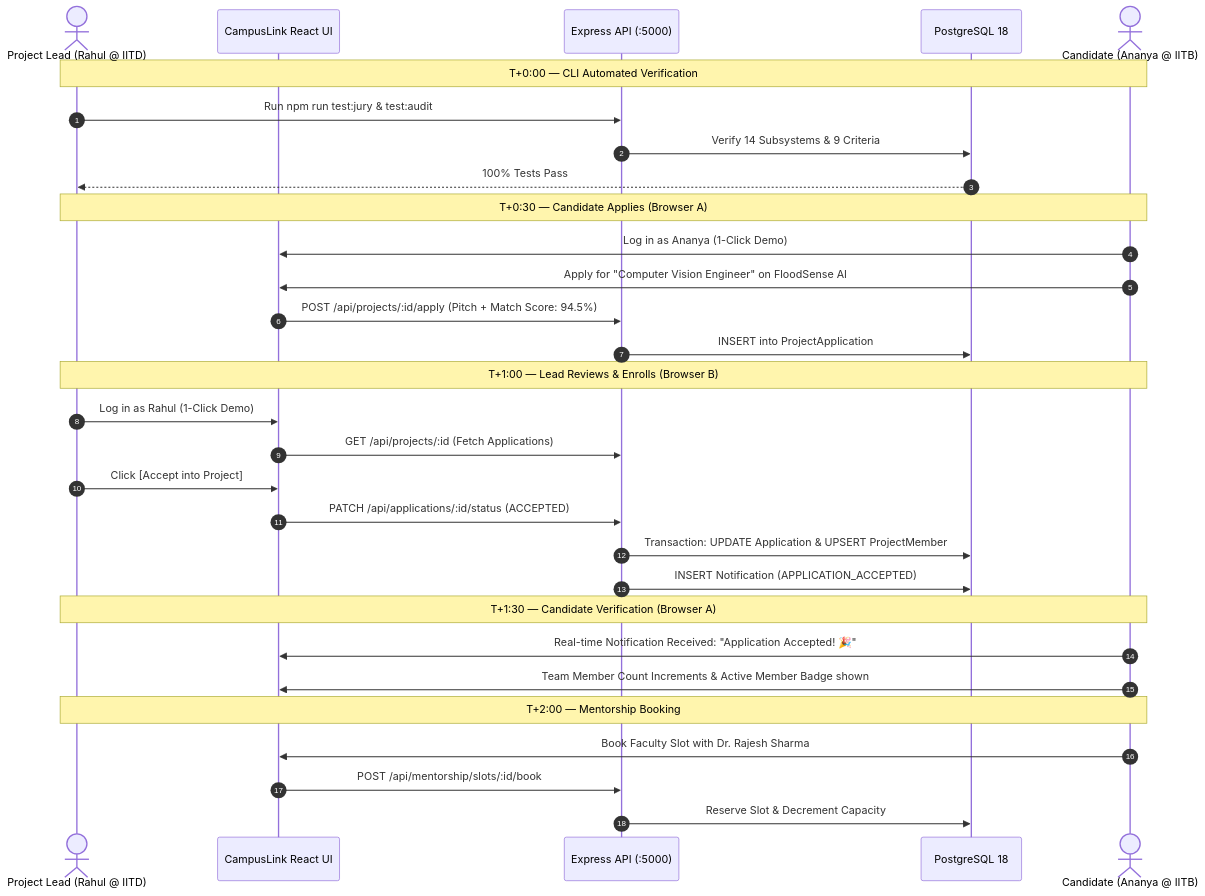
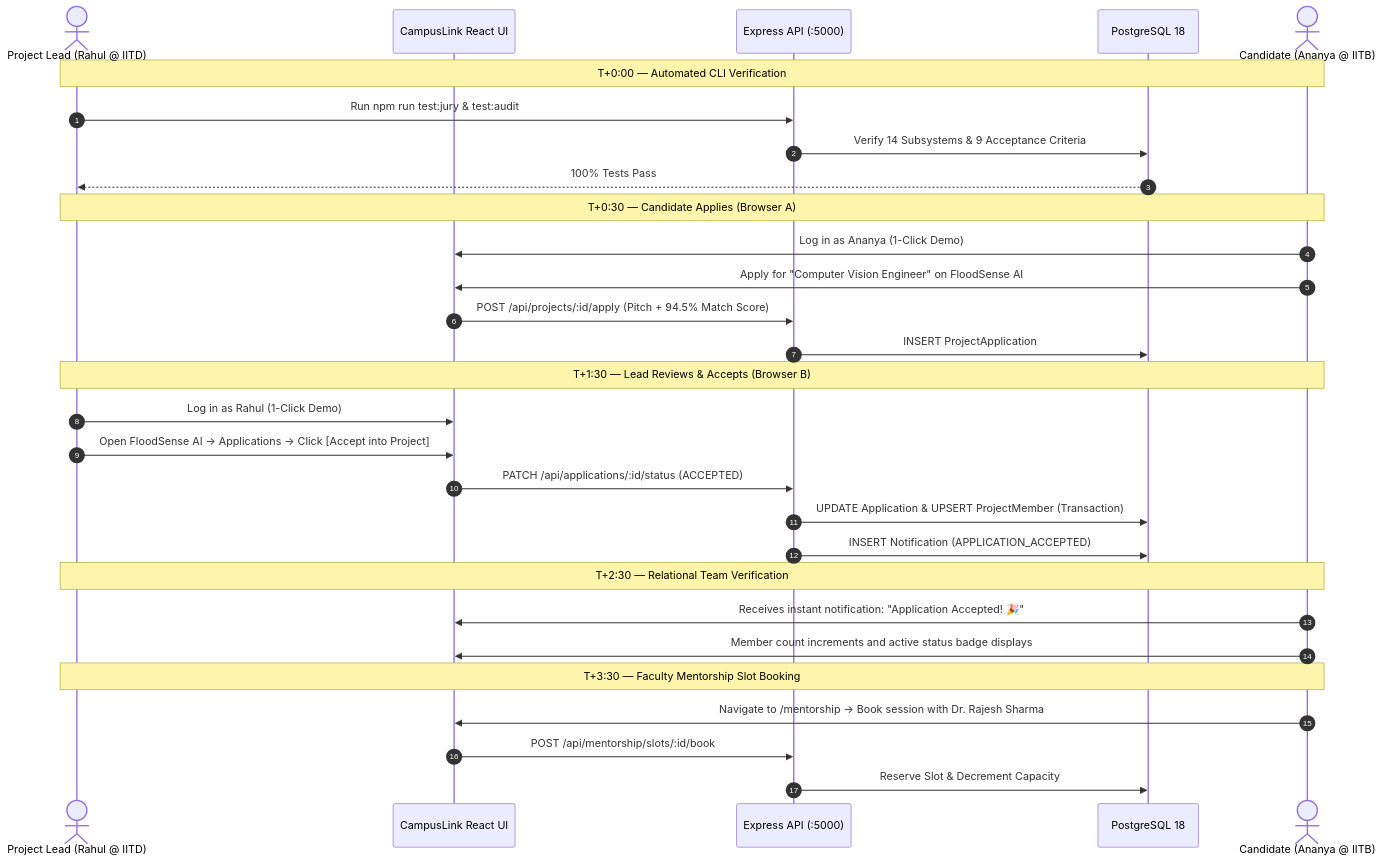
One commit to Adityaagrahari525/collobration-platform changed the second of 2 diagrams in README.md. Above: the diagram before and after it, drawn with Mermaid. The commit also changed other lines of this file, not shown here.

Commit message:
docs: overhaul README with professional design, badges, repository tags, architecture diagrams, and full feature documentation

````diff
--- a/README.md
+++ b/README.md
@@ -67,37 +186,36 @@
 ```mermaid
 sequenceDiagram
     autonumber
     actor Lead as Project Lead (Rahul @ IITD)
     participant UI as CampusLink React UI
     participant API as Express API (:5000)
     participant DB as PostgreSQL 18
     actor Cand as Candidate (Ananya @ IITB)
 
-    Note over Lead,Cand: T+0:00 — CLI Automated Verification
+    Note over Lead,Cand: T+0:00 — Automated CLI Verification
     Lead->>API: Run npm run test:jury & test:audit
-    API->>DB: Verify 14 Subsystems & 9 Criteria
+    API->>DB: Verify 14 Subsystems & 9 Acceptance Criteria
     DB-->>Lead: 100% Tests Pass
 
     Note over Lead,Cand: T+0:30 — Candidate Applies (Browser A)
     Cand->>UI: Log in as Ananya (1-Click Demo)
     Cand->>UI: Apply for "Computer Vision Engineer" on FloodSense AI
-    UI->>API: POST /api/projects/:id/apply (Pitch + Match Score: 94.5%)
-    API->>DB: INSERT into ProjectApplication
+    UI->>API: POST /api/projects/:id/apply (Pitch + 94.5% Match Score)
+    API->>DB: INSERT ProjectApplication
 
-    Note over Lead,Cand: T+1:00 — Lead Reviews & Enrolls (Browser B)
+    Note over Lead,Cand: T+1:30 — Lead Reviews & Accepts (Browser B)
     Lead->>UI: Log in as Rahul (1-Click Demo)
-    UI->>API: GET /api/projects/:id (Fetch Applications)
-    Lead->>UI: Click [Accept into Project]
+    Lead->>UI: Open FloodSense AI -> Applications -> Click [Accept into Project]
     UI->>API: PATCH /api/applications/:id/status (ACCEPTED)
-    API->>DB: Transaction: UPDATE Application & UPSERT ProjectMember
+    API->>DB: UPDATE Application & UPSERT ProjectMember (Transaction)
     API->>DB: INSERT Notification (APPLICATION_ACCEPTED)
 
-    Note over Lead,Cand: T+1:30 — Candidate Verification (Browser A)
-    Cand->>UI: Real-time Notification Received: "Application Accepted! 🎉"
-    Cand->>UI: Team Member Count Increments & Active Member Badge shown
+    Note over Lead,Cand: T+2:30 — Relational Team Verification
+    Cand->>UI: Receives instant notification: "Application Accepted! 🎉"
+    Cand->>UI: Member count increments and active status badge displays
 
-    Note over Lead,Cand: T+2:00 — Mentorship Booking
-    Cand->>UI: Book Faculty Slot with Dr. Rajesh Sharma
+    Note over Lead,Cand: T+3:30 — Faculty Mentorship Slot Booking
+    Cand->>UI: Navigate to /mentorship -> Book session with Dr. Rajesh Sharma
     UI->>API: POST /api/mentorship/slots/:id/book
     API->>DB: Reserve Slot & Decrement Capacity
 ```
````
